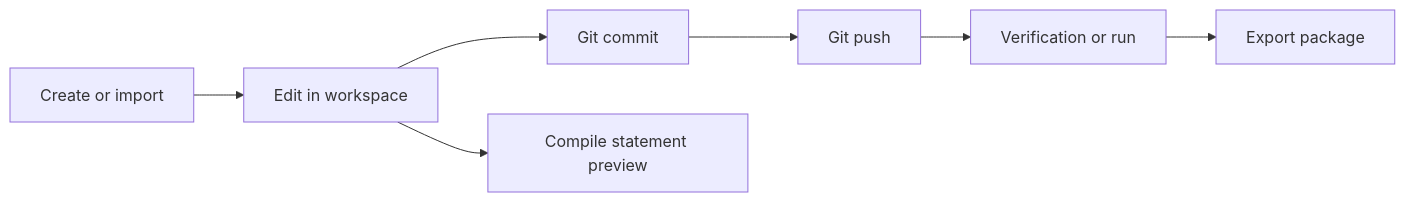
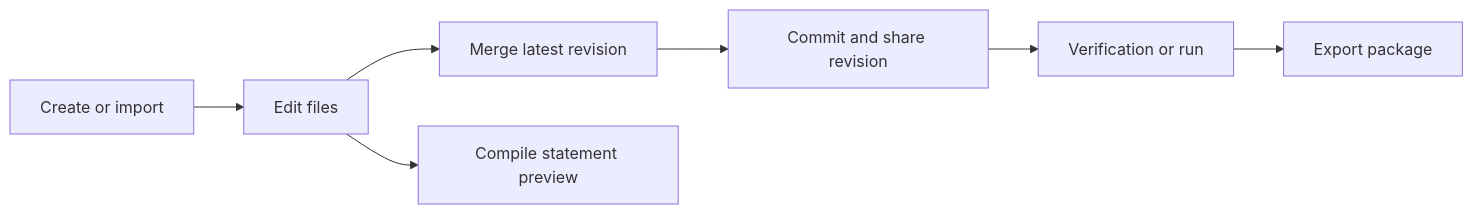
Before and after one commit to fstqwq/Polygon-Replica: the first of 2 diagrams in docs/problem-workflow.md, drawn with Mermaid. The commit also changed other lines of this file and 32 other files, not shown here.

Commit message:
Replace pull workflow with safe workspace merge

````diff
--- a/docs/problem-workflow.md
+++ b/docs/problem-workflow.md
@@ -5,9 +5,9 @@
 ```mermaid
 graph LR
-    Create[Create or import] --> Edit[Edit in workspace]
-    Edit --> Commit[Git commit]
-    Commit --> Push[Git push]
-    Push --> Verify[Verification or run]
+    Create[Create or import] --> Edit[Edit files]
+    Edit --> Merge[Merge latest revision]
+    Merge --> Commit[Commit and share revision]
+    Commit --> Verify[Verification or run]
     Verify --> Export[Export package]
     Edit --> Preview[Compile statement preview]
 ```
````
